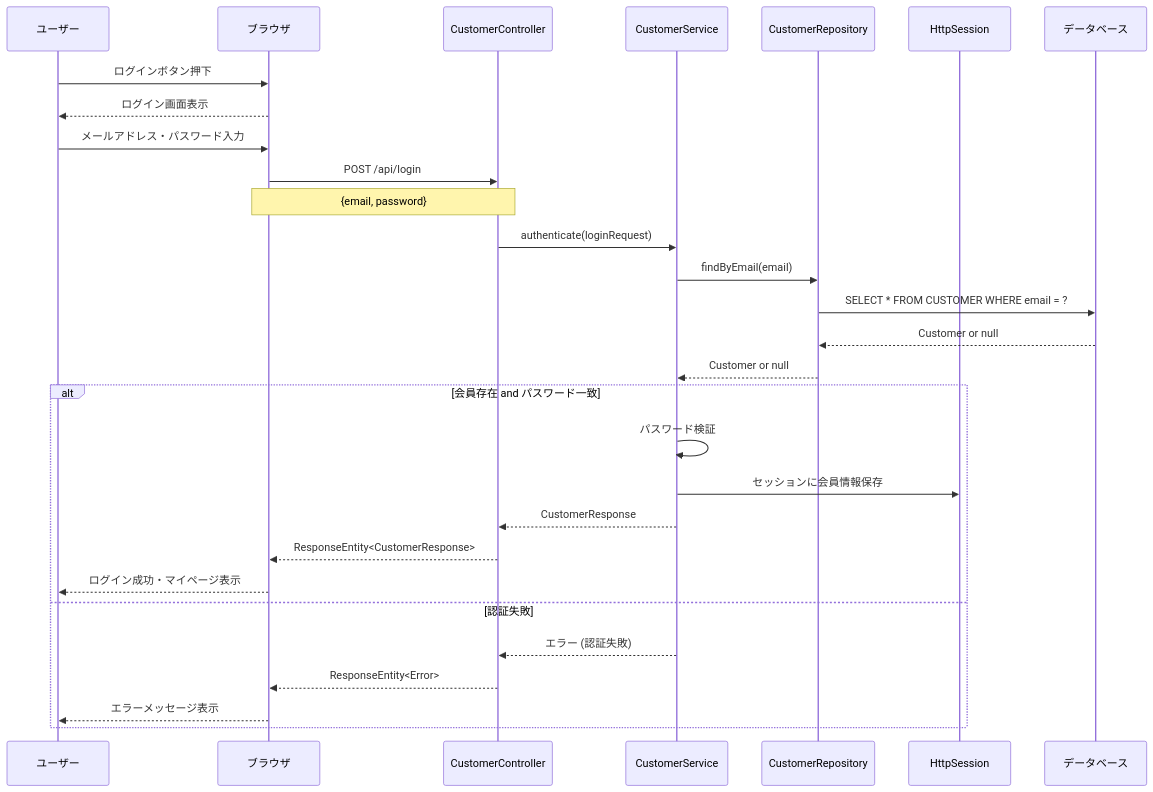
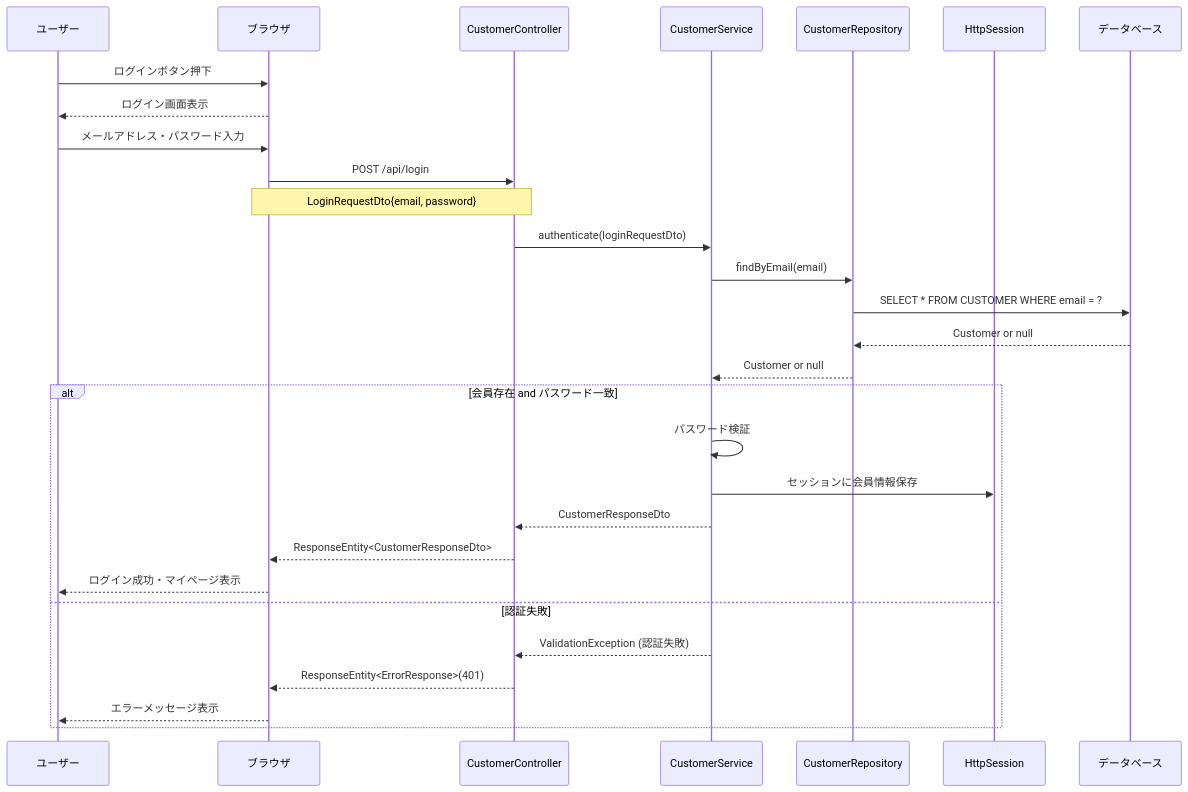
Diagram 13 of 17 in 詳細設計/3_sequence.md (shogomaeda758/Bacon), drawn with Mermaid before and after one commit. The commit also changed other lines of this file and 2 other files, not shown here.

````diff
--- a/詳細設計/3_sequence.md
+++ b/詳細設計/3_sequence.md
@@ -504,34 +551,34 @@
 ```mermaid
 sequenceDiagram
     participant U as ユーザー
     participant B as ブラウザ
-    participant CC as CustomerController
+    participant CuC as CustomerController
     participant CS as CustomerService
     participant CR as CustomerRepository
     participant S as HttpSession
     participant DB as データベース
 
     U->>B: ログインボタン押下
     B-->>U: ログイン画面表示
     
     U->>B: メールアドレス・パスワード入力
-    B->>CC: POST /api/login
-    Note over B,CC: {email, password}
-    CC->>CS: authenticate(loginRequest)
+    B->>CuC: POST /api/login
+    Note over B,CuC: LoginRequestDto{email, password}
+    CuC->>CS: authenticate(loginRequestDto)
     CS->>CR: findByEmail(email)
     CR->>DB: SELECT * FROM CUSTOMER WHERE email = ?
     DB-->>CR: Customer or null
     CR-->>CS: Customer or null
     
     alt 会員存在 and パスワード一致
         CS->>CS: パスワード検証
         CS->>S: セッションに会員情報保存
-        CS-->>CC: CustomerResponse
-        CC-->>B: ResponseEntity<CustomerResponse>
+        CS-->>CuC: CustomerResponseDto
+        CuC-->>B: ResponseEntity<CustomerResponseDto>
         B-->>U: ログイン成功・マイページ表示
     else 認証失敗
-        CS-->>CC: エラー (認証失敗)
-        CC-->>B: ResponseEntity<Error>
+        CS-->>CuC: ValidationException (認証失敗)
+        CuC-->>B: ResponseEntity<ErrorResponse>(401)
         B-->>U: エラーメッセージ表示
     end
 ```
````
